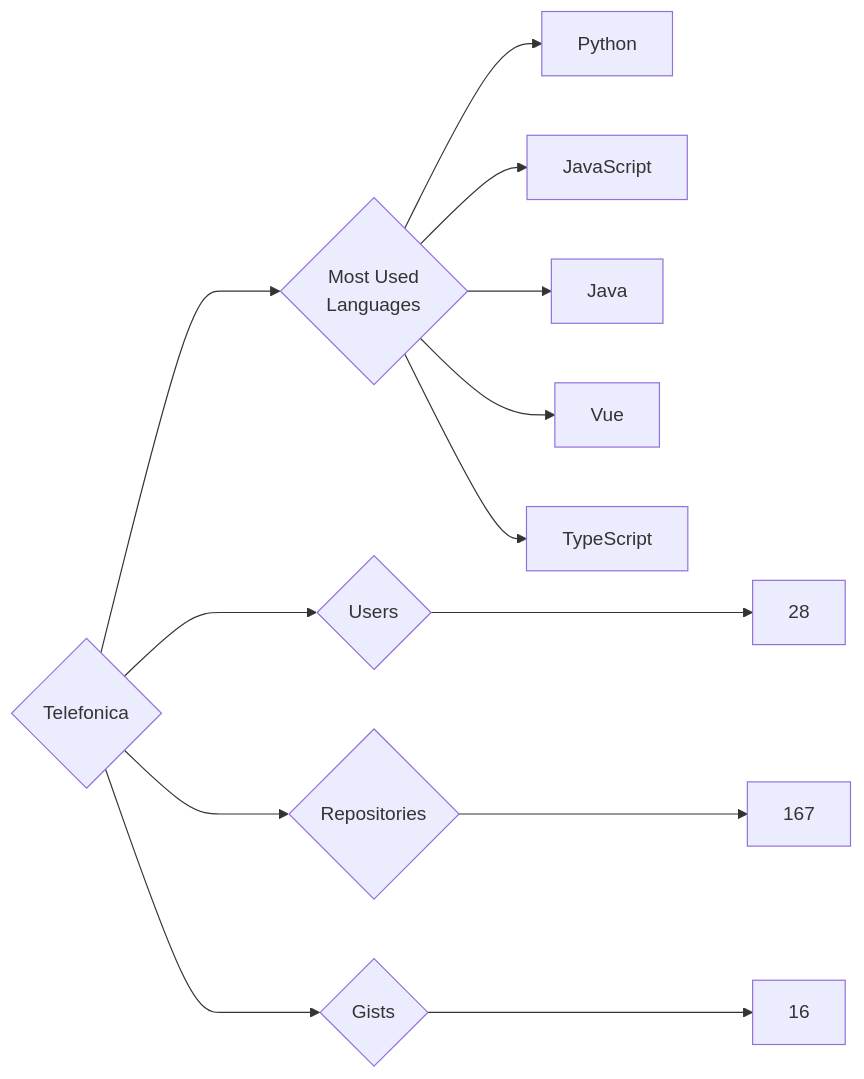
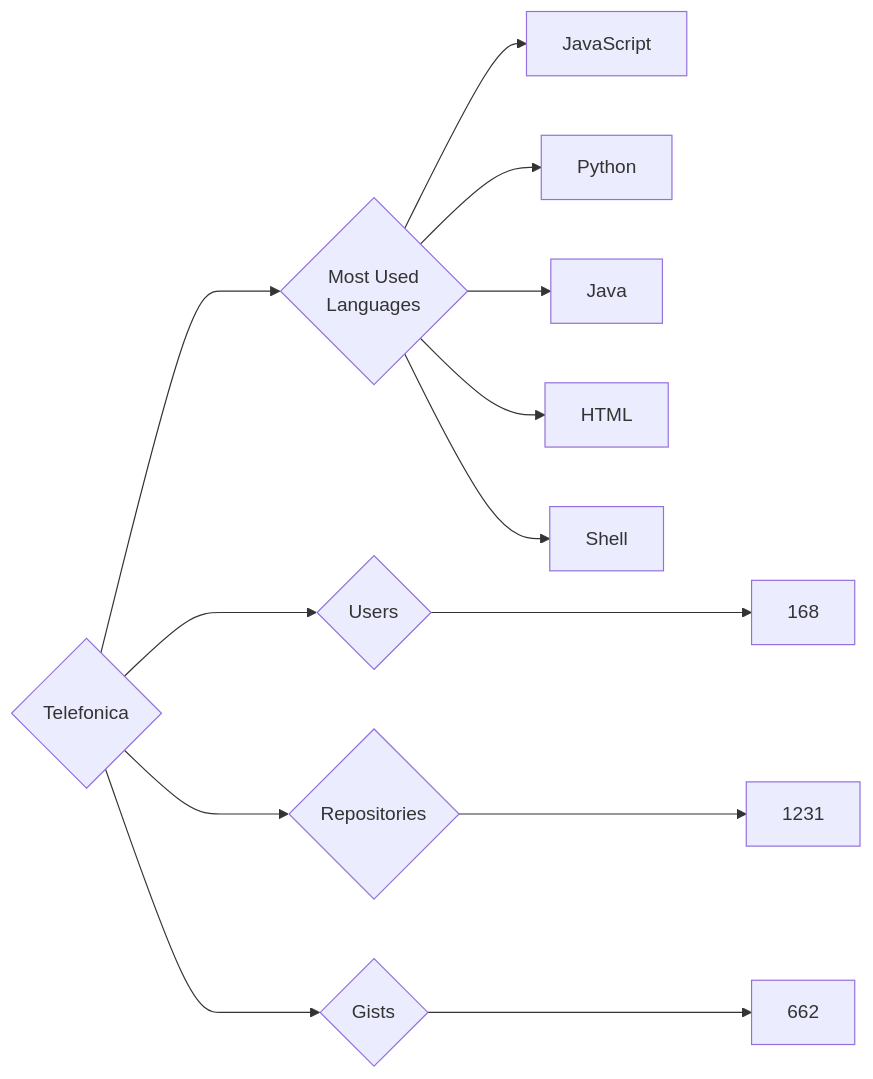
The diagram in targets/Telefonica/README.md (trickest/insiders), drawn with Mermaid before and after one commit. The commit also changed 1479 other files, not shown here.

````diff
--- a/targets/Telefonica/README.md
+++ b/targets/Telefonica/README.md
@@ -3,13 +3,13 @@
 ```mermaid
 graph LR
 COMPANY_NAME{Telefonica}
-COMPANY_NAME ---> U{Users} ---> UN[28]
-COMPANY_NAME ---> R{Repositories} ---> RN[167]
-COMPANY_NAME ---> G{Gists} ---> GN[16]
+COMPANY_NAME ---> U{Users} ---> UN[168]
+COMPANY_NAME ---> R{Repositories} ---> RN[1231]
+COMPANY_NAME ---> G{Gists} ---> GN[662]
 COMPANY_NAME ---> ML{Most Used<br>Languages}
+ML --> JavaScript[JavaScript]
 ML --> Python[Python]
-ML --> JavaScript[JavaScript]
 ML --> Java[Java]
-ML --> Vue[Vue]
-ML --> TypeScript[TypeScript]
+ML --> HTML[HTML]
+ML --> Shell[Shell]
 ```
````
